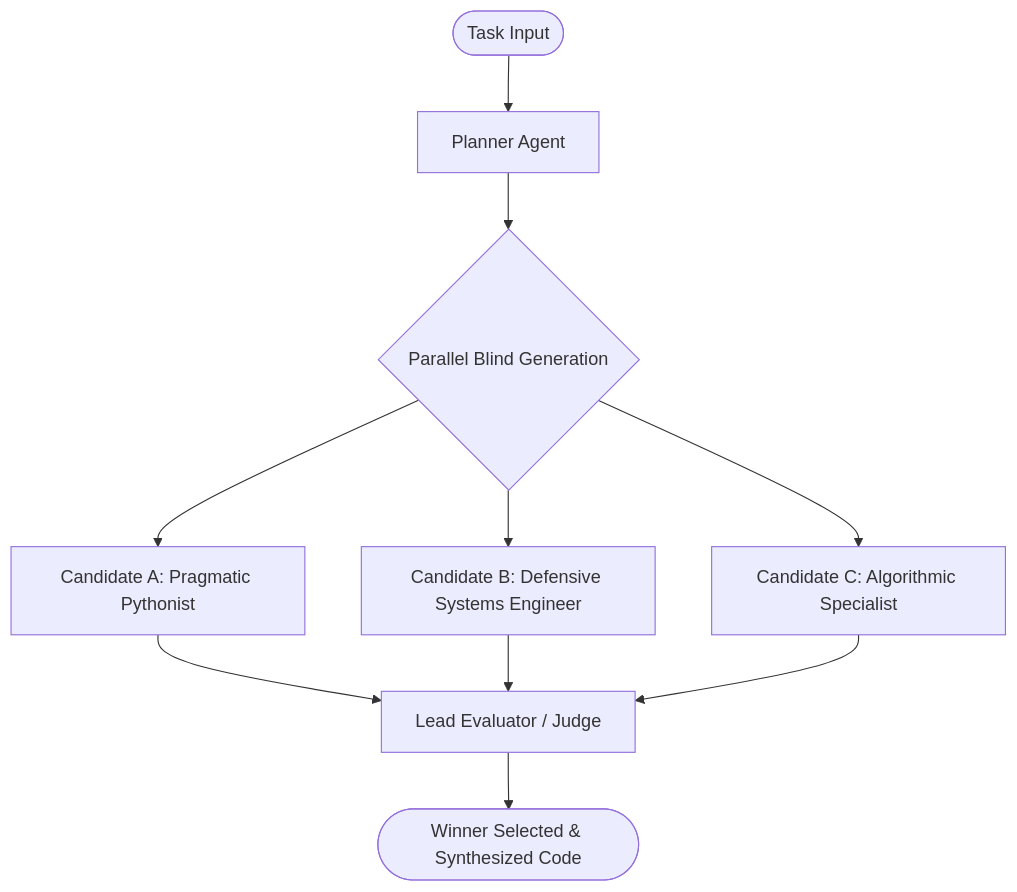
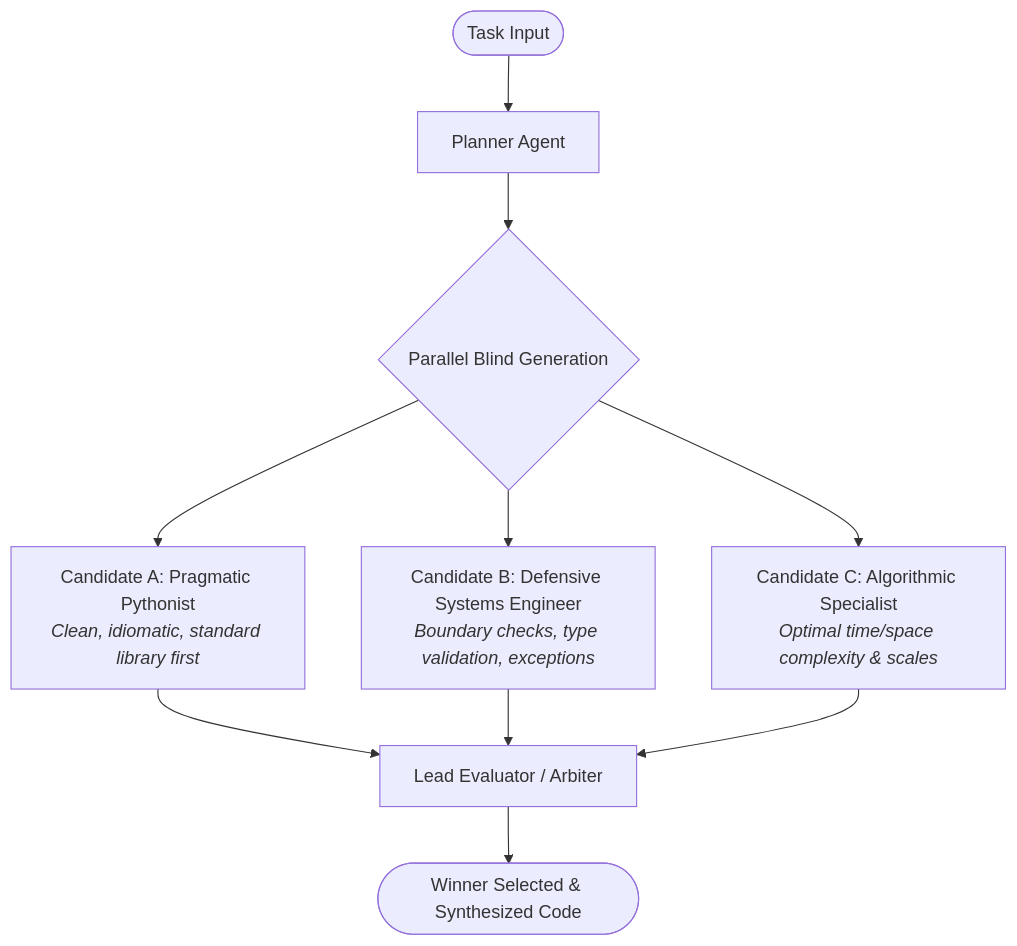
Before and after one commit to Adityaa0124/devpilot: the second of 2 diagrams in README.md, drawn with Mermaid. The commit also changed other lines of this file and 1 other file, not shown here.

Commit message:
docs: Add live Render deployment links and updated architectural showcase to README

````diff
--- a/README.md
+++ b/README.md
@@ -37,12 +60,12 @@
 ```mermaid
 flowchart TD
     Start([Task Input]) --> Planner[Planner Agent]
     Planner --> Fork{Parallel Blind Generation}
-    Fork --> SubA[Candidate A: Pragmatic Pythonist]
-    Fork --> SubB[Candidate B: Defensive Systems Engineer]
-    Fork --> SubC[Candidate C: Algorithmic Specialist]
-    SubA --> Eval[Lead Evaluator / Judge]
+    Fork --> SubA[Candidate A: Pragmatic Pythonist<br/><i>Clean, idiomatic, standard library first</i>]
+    Fork --> SubB[Candidate B: Defensive Systems Engineer<br/><i>Boundary checks, type validation, exceptions</i>]
+    Fork --> SubC[Candidate C: Algorithmic Specialist<br/><i>Optimal time/space complexity & scales</i>]
+    SubA --> Eval[Lead Evaluator / Arbiter]
     SubB --> Eval
     SubC --> Eval
     Eval --> Winner([Winner Selected & Synthesized Code])
 ```
````
